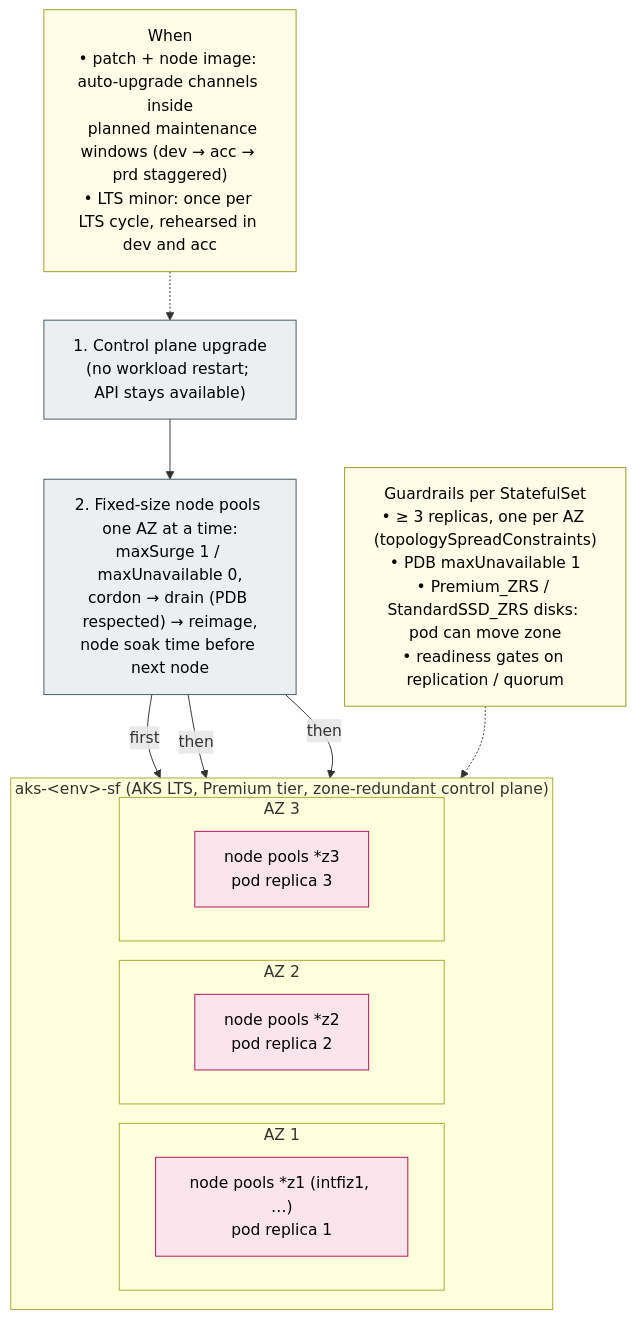
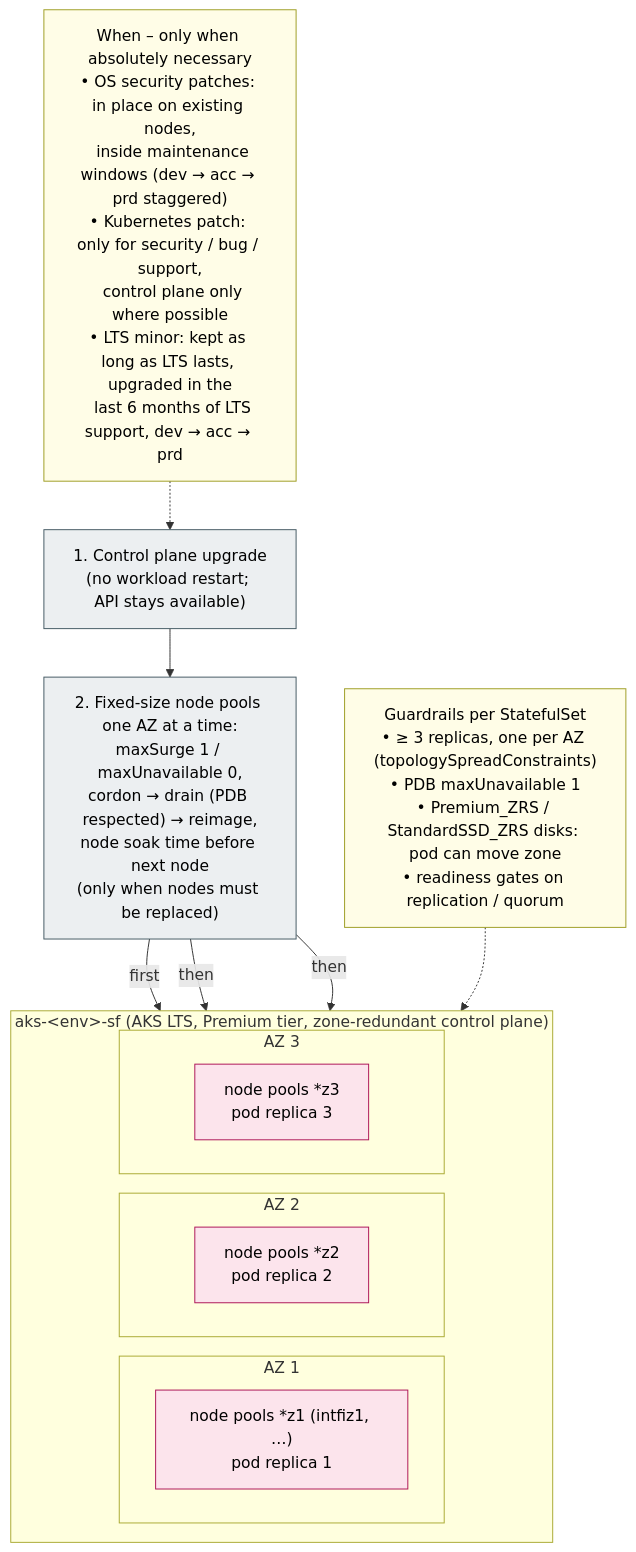
Before and after one commit to olljanat-ai/aks-design: the diagram in diagrams/12-stateful-upgrade.mmd, drawn with Mermaid. The commit also changed 8 other files, not shown here.

```diff
--- a/diagrams/12-stateful-upgrade.mmd
+++ b/diagrams/12-stateful-upgrade.mmd
@@ -1,34 +1,34 @@
 %% Zero-downtime upgrade of the single zone-redundant stateful cluster: in-place, one availability zone at a time,
 %% protected by PodDisruptionBudgets and zone-redundant storage.
 flowchart TB
     subgraph SF["aks-&lt;env&gt;-sf (AKS LTS, Premium tier, zone-redundant control plane)"]
         direction LR
         subgraph Z1["AZ 1"]
             n1["node pools *z1 (intfiz1, …)<br/>pod replica 1"]
         end
         subgraph Z2["AZ 2"]
             n2["node pools *z2<br/>pod replica 2"]
         end
         subgraph Z3["AZ 3"]
             n3["node pools *z3<br/>pod replica 3"]
         end
     end
 
     cp["1. Control plane upgrade<br/>(no workload restart; API stays available)"]
-    np["2. Fixed-size node pools one AZ at a time:<br/>maxSurge 1 / maxUnavailable 0,<br/>cordon → drain (PDB respected) → reimage,<br/>node soak time before next node"]
+    np["2. Fixed-size node pools one AZ at a time:<br/>maxSurge 1 / maxUnavailable 0,<br/>cordon → drain (PDB respected) → reimage,<br/>node soak time before next node<br/>(only when nodes must be replaced)"]
     pdb["Guardrails per StatefulSet<br/>• ≥ 3 replicas, one per AZ (topologySpreadConstraints)<br/>• PDB maxUnavailable 1<br/>• Premium_ZRS / StandardSSD_ZRS disks: pod can move zone<br/>• readiness gates on replication / quorum"]
-    when["When<br/>• patch + node image: auto-upgrade channels inside<br/>  planned maintenance windows (dev → acc → prd staggered)<br/>• LTS minor: once per LTS cycle, rehearsed in dev and acc"]
+    when["When – only when absolutely necessary<br/>• OS security patches: in place on existing nodes,<br/>  inside maintenance windows (dev → acc → prd staggered)<br/>• Kubernetes patch: only for security / bug / support,<br/>  control plane only where possible<br/>• LTS minor: kept as long as LTS lasts, upgraded in the<br/>  last 6 months of LTS support, dev → acc → prd"]
 
     cp --> np
     np -->|"first"| n1
     np -->|"then"| n2
     np -->|"then"| n3
     pdb -.-> SF
     when -.-> cp
 
     classDef sf fill:#fce4ec,stroke:#ad1457,color:#000
     classDef note fill:#fffde7,stroke:#9e9d24,color:#000
     classDef cp fill:#eceff1,stroke:#455a64,color:#000
     class n1,n2,n3 sf
     class pdb,when note
     class cp,np cp
```
